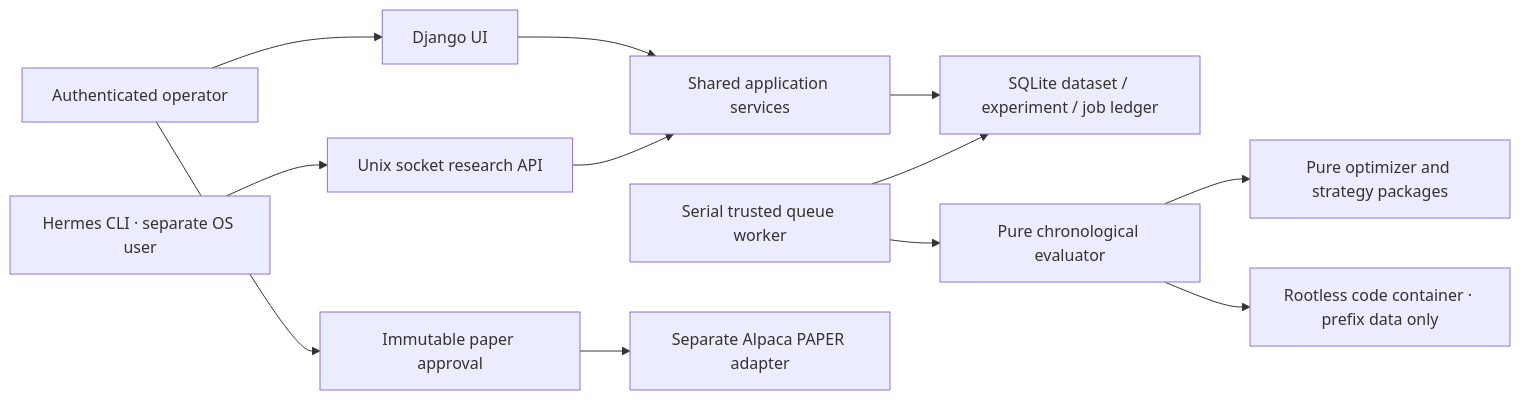
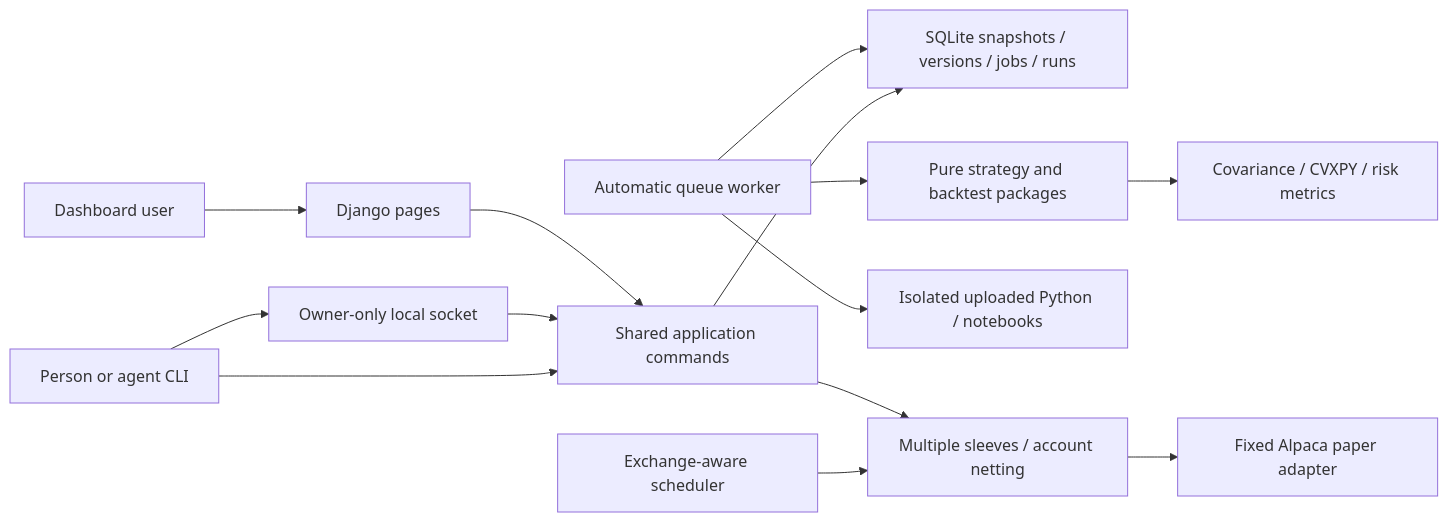
The diagram in docs/architecture.md (nvantine/portfolio-lab), drawn with Mermaid before and after one commit. The commit also changed other lines of this file and 15 other files, not shown here.

Commit message:
feat(server): add service installer and document dashboard CLI workflows

````diff
--- a/docs/architecture.md
+++ b/docs/architecture.md
@@ -3,14 +3,16 @@
 ```mermaid
 flowchart LR
-  Operator[Authenticated operator] --> Django[Django UI]
-  Hermes[Hermes CLI · separate OS user] --> Socket[Unix socket research API]
-  Django --> Services[Shared application services]
-  Socket --> Services
-  Services --> Ledger[SQLite dataset / experiment / job ledger]
-  Worker[Serial trusted queue worker] --> Ledger
-  Worker --> Engine[Pure chronological evaluator]
-  Engine --> Builtins[Pure optimizer and strategy packages]
-  Engine --> Container[Rootless code container · prefix data only]
-  Operator --> Approval[Immutable paper approval]
-  Approval --> Broker[Separate Alpaca PAPER adapter]
+  User[Dashboard user] --> Web[Django pages]
+  Client[Person or agent CLI] --> Socket[Owner-only local socket]
+  Client --> Commands[Shared application commands]
+  Socket --> Commands
+  Web --> Commands
+  Commands --> Ledger[SQLite snapshots / versions / jobs / runs]
+  Worker[Automatic queue worker] --> Ledger
+  Worker --> Math[Pure strategy and backtest packages]
+  Math --> Optimizer[Covariance / CVXPY / risk metrics]
+  Worker --> Container[Isolated uploaded Python / notebooks]
+  Scheduler[Exchange-aware scheduler] --> Account[Multiple sleeves / account netting]
+  Commands --> Account
+  Account --> Broker[Fixed Alpaca paper adapter]
 ```
````
